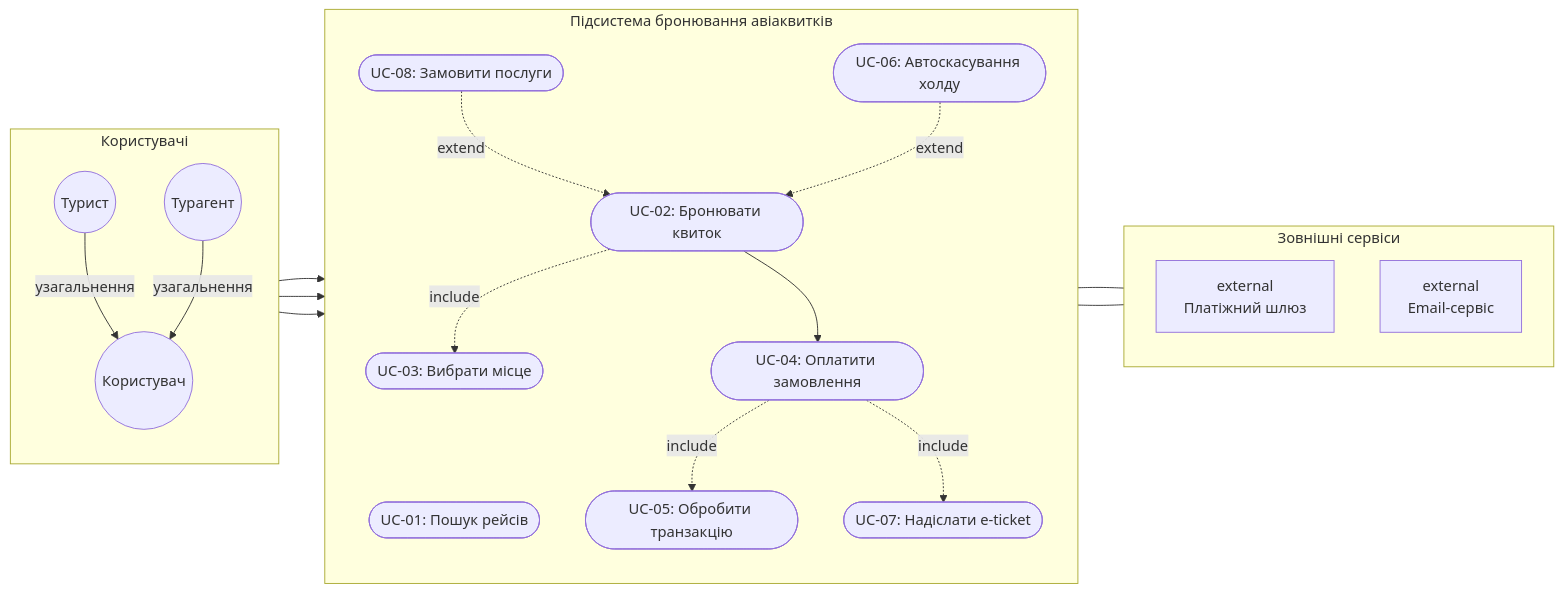
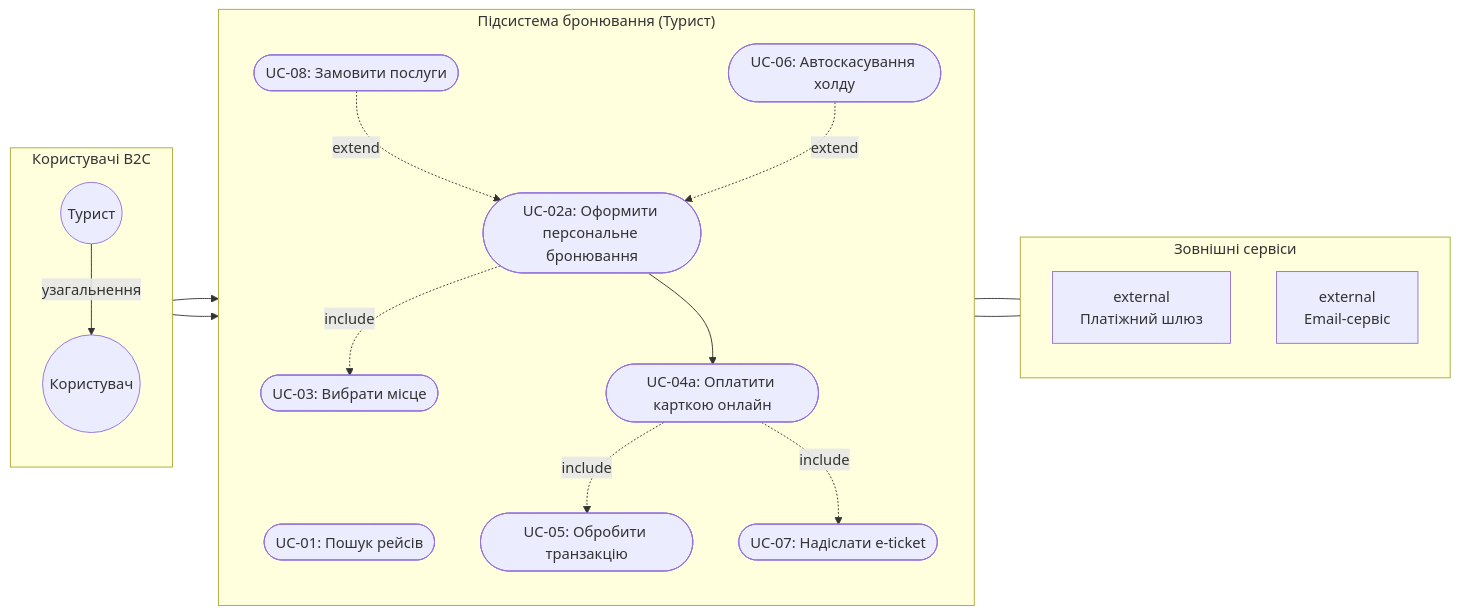
One commit to MVlance/kpi2_laba changed the first of 2 diagrams in README.md. Above: the diagram before and after it, drawn with Mermaid. The commit also changed other lines of this file and 2 other files, not shown here.

Commit message:
refactor(use-cases): split agent and tourist diagrams and add non functional requirements section

````diff
--- a/README.md
+++ b/README.md
@@ -17,46 +15,41 @@
 ```mermaid
 flowchart LR
-    subgraph Actors ["Користувачі"]
+    subgraph ActorsB2C ["Користувачі B2C"]
         direction TB
         User((Користувач))
         Tourist((Турист))
-        Agent((Турагент))
-
         Tourist -->|узагальнення| User
-        Agent -->|узагальнення| User
     end
 
-    subgraph SystemBoundary ["Підсистема бронювання авіаквитків"]
+    subgraph TouristSystem ["Підсистема бронювання (Турист)"]
         direction TB
         UC1(["UC-01: Пошук рейсів"])
-        UC2(["UC-02: Бронювати квиток"])
+        UC2A(["UC-02a: Оформити персональне бронювання"])
         UC3(["UC-03: Вибрати місце"])
         UC8(["UC-08: Замовити послуги"])
         UC6(["UC-06: Автоскасування холду"])
-        UC4(["UC-04: Оплатити замовлення"])
+        UC4A(["UC-04a: Оплатити карткою онлайн"])
         UC5(["UC-05: Обробити транзакцію"])
         UC7(["UC-07: Надіслати e-ticket"])
 
-        UC2 -.->|include| UC3
-        UC8 -.->|extend| UC2
-        UC6 -.->|extend| UC2
-        UC2 --> UC4
-        UC4 -.->|include| UC5
-        UC4 -.->|include| UC7
+        UC2A -.->|include| UC3
+        UC8 -.->|extend| UC2A
+        UC6 -.->|extend| UC2A
+        UC2A --> UC4A
+        UC4A -.->|include| UC5
+        UC4A -.->|include| UC7
     end
 
-    subgraph ExternalServices ["Зовнішні сервіси"]
+    subgraph ExternalServices1 ["Зовнішні сервіси"]
         direction TB
         PaymentGateway["external
         Платіжний шлюз"]
         NotificationService["external
         Email-сервіс"]
     end
 
     User --> UC1
-    Tourist --> UC2
-    Agent --> UC2
-
+    Tourist --> UC2A
     UC5 --- PaymentGateway
     UC7 --- NotificationService
 ```
````
